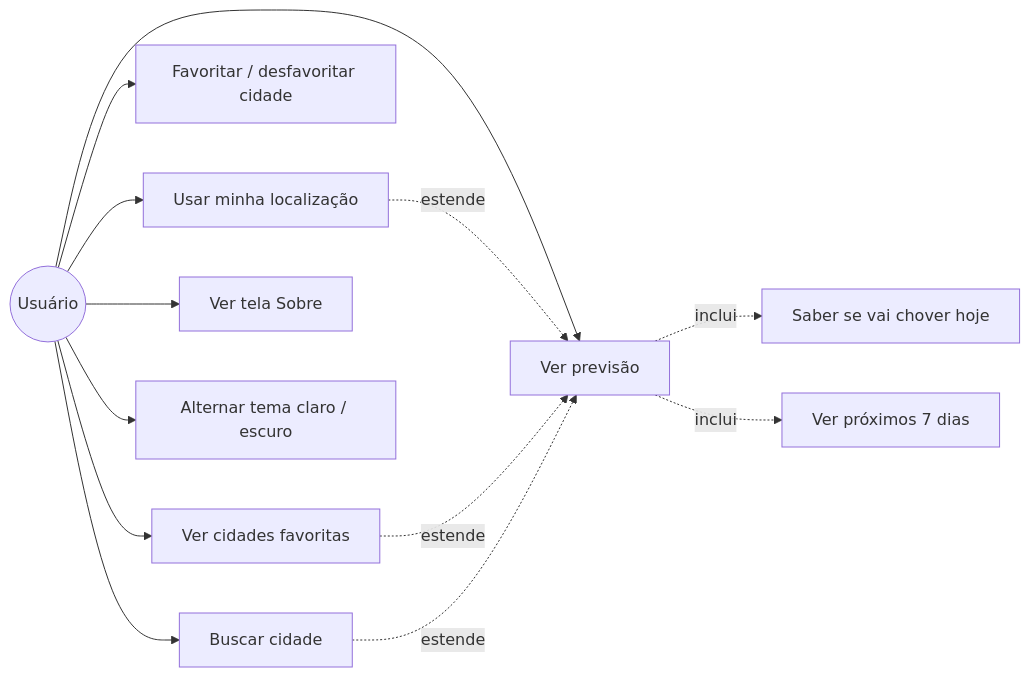
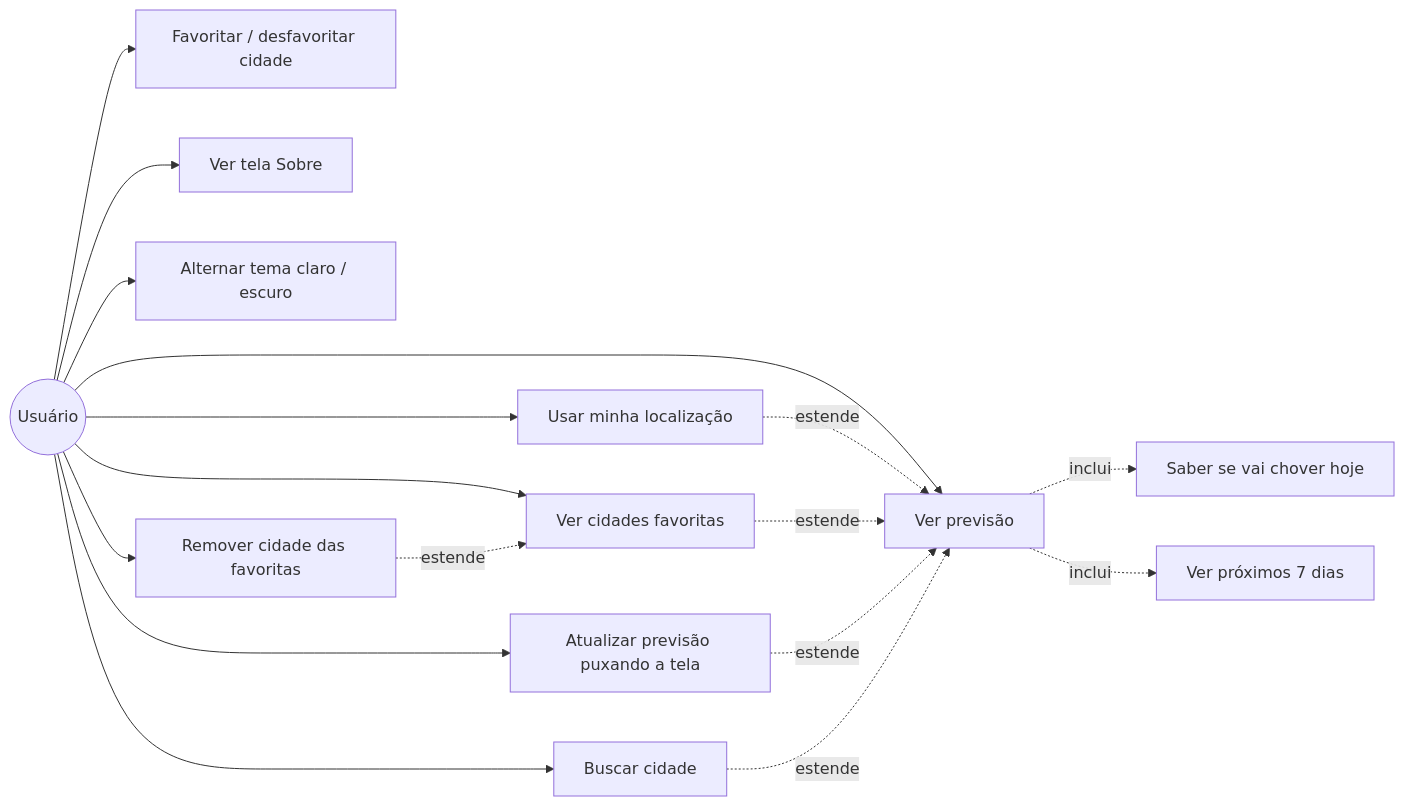
Before and after one commit to evertton82/chove-ou-nao-chove: the first of 8 diagrams in README.md, drawn with Mermaid. The commit also changed other lines of this file and 15 other files, not shown here.

````diff
--- a/README.md
+++ b/README.md
@@ -61,16 +66,20 @@
 ```mermaid
 flowchart LR
     U((Usuário))
     U --> UC1[Buscar cidade]
     U --> UC2[Ver previsão]
     U --> UC3[Favoritar / desfavoritar cidade]
     U --> UC4[Ver cidades favoritas]
     U --> UC5[Ver tela Sobre]
     U --> UC8[Alternar tema claro / escuro]
     U --> UC9[Usar minha localização]
+    U --> UC10[Remover cidade das favoritas]
+    U --> UC11[Atualizar previsão puxando a tela]
     UC9 -. estende .-> UC2
     UC2 -. inclui .-> UC6[Saber se vai chover hoje]
     UC2 -. inclui .-> UC7[Ver próximos 7 dias]
     UC4 -. estende .-> UC2
+    UC10 -. estende .-> UC4
+    UC11 -. estende .-> UC2
     UC1 -. estende .-> UC2
 ```
````
